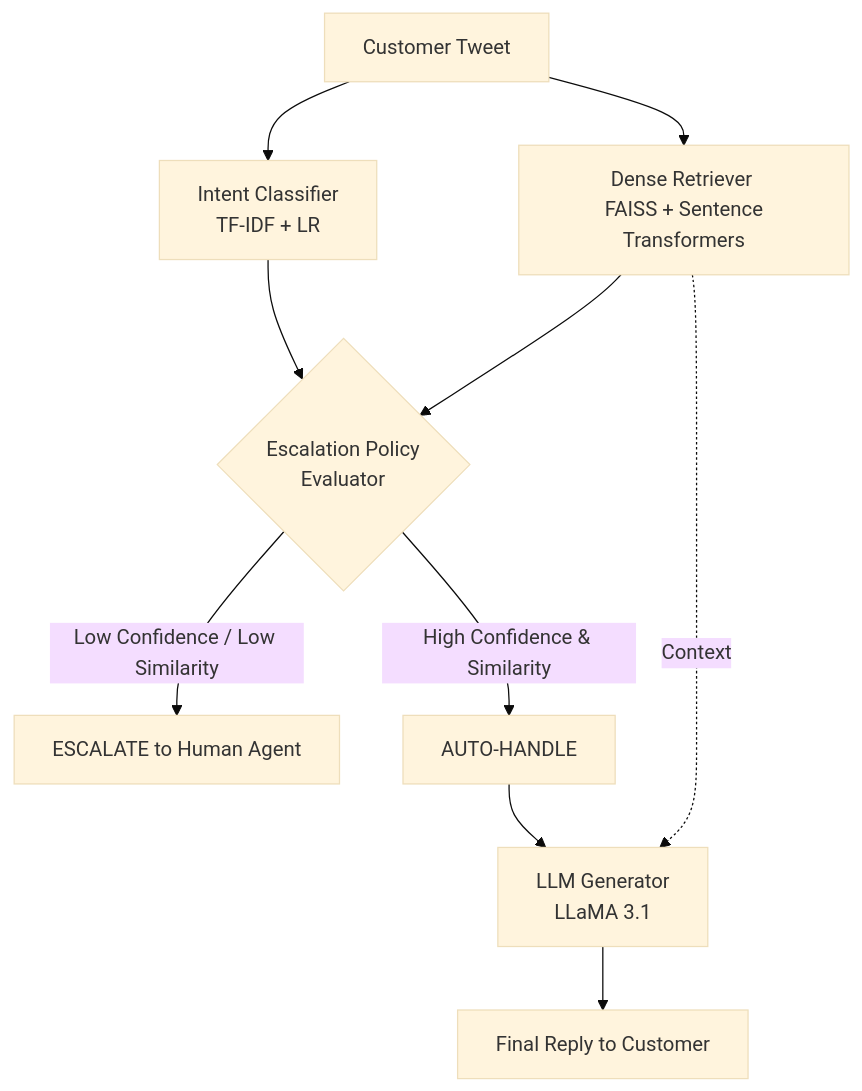
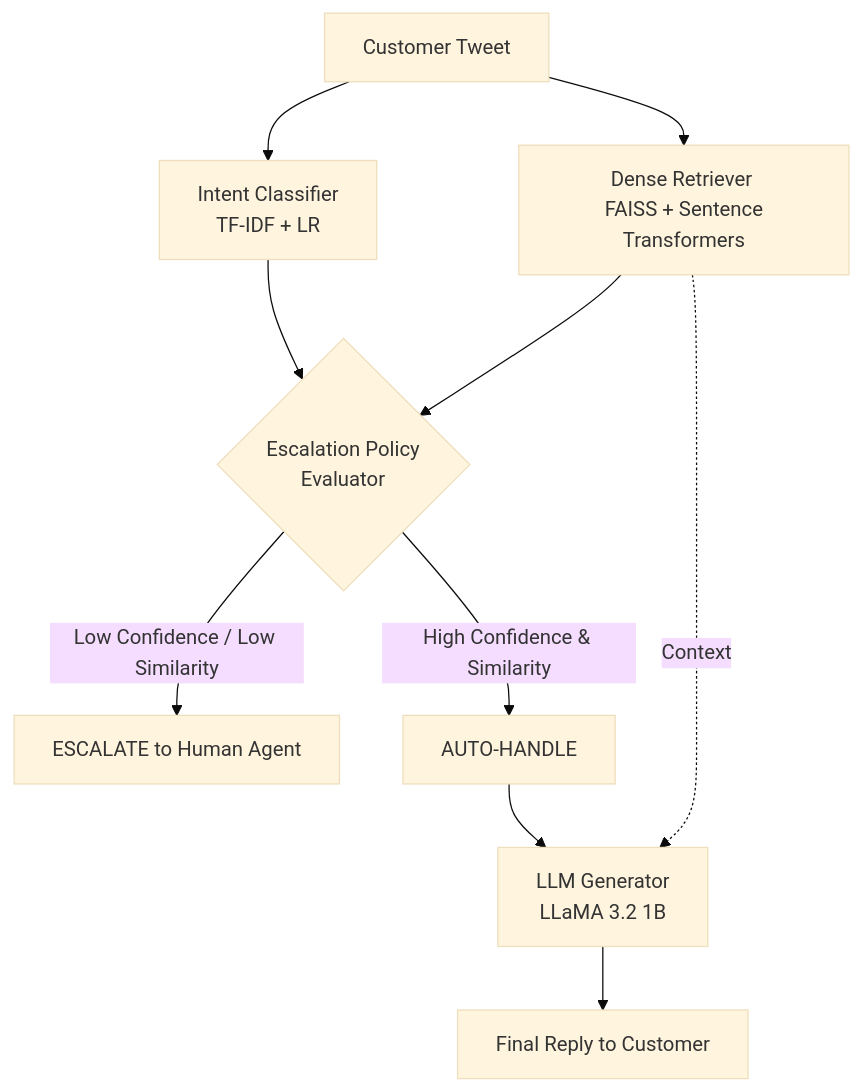
One commit to chitranjan-patel/hiver-applesupport-ai-agent- changed the diagram in README.md. Above: the diagram before and after it, drawn with Mermaid (base theme). The commit also changed other lines of this file, not shown here.

````diff
--- a/README.md
+++ b/README.md
@@ -32,12 +32,12 @@
 ```mermaid
 graph TD
     A[Customer Tweet] --> B[Intent Classifier <br> TF-IDF + LR]
     A --> C[Dense Retriever <br> FAISS + Sentence Transformers]
     B --> D{Escalation Policy <br> Evaluator}
     C --> D
     D -- Low Confidence / Low Similarity --> E[ESCALATE to Human Agent]
     D -- High Confidence & Similarity --> F[AUTO-HANDLE]
-    F --> G[LLM Generator <br> LLaMA 3.1]
+    F --> G[LLM Generator <br> LLaMA 3.2 1B]
     C -. Context .-> G
     G --> H[Final Reply to Customer]
 ```
````
